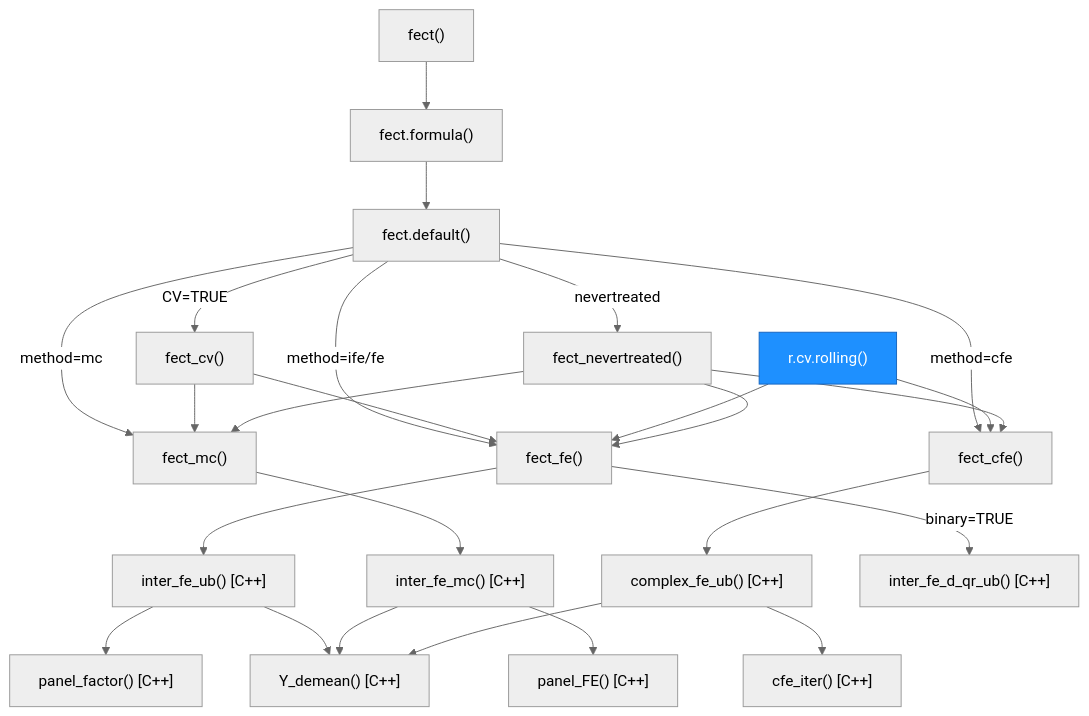
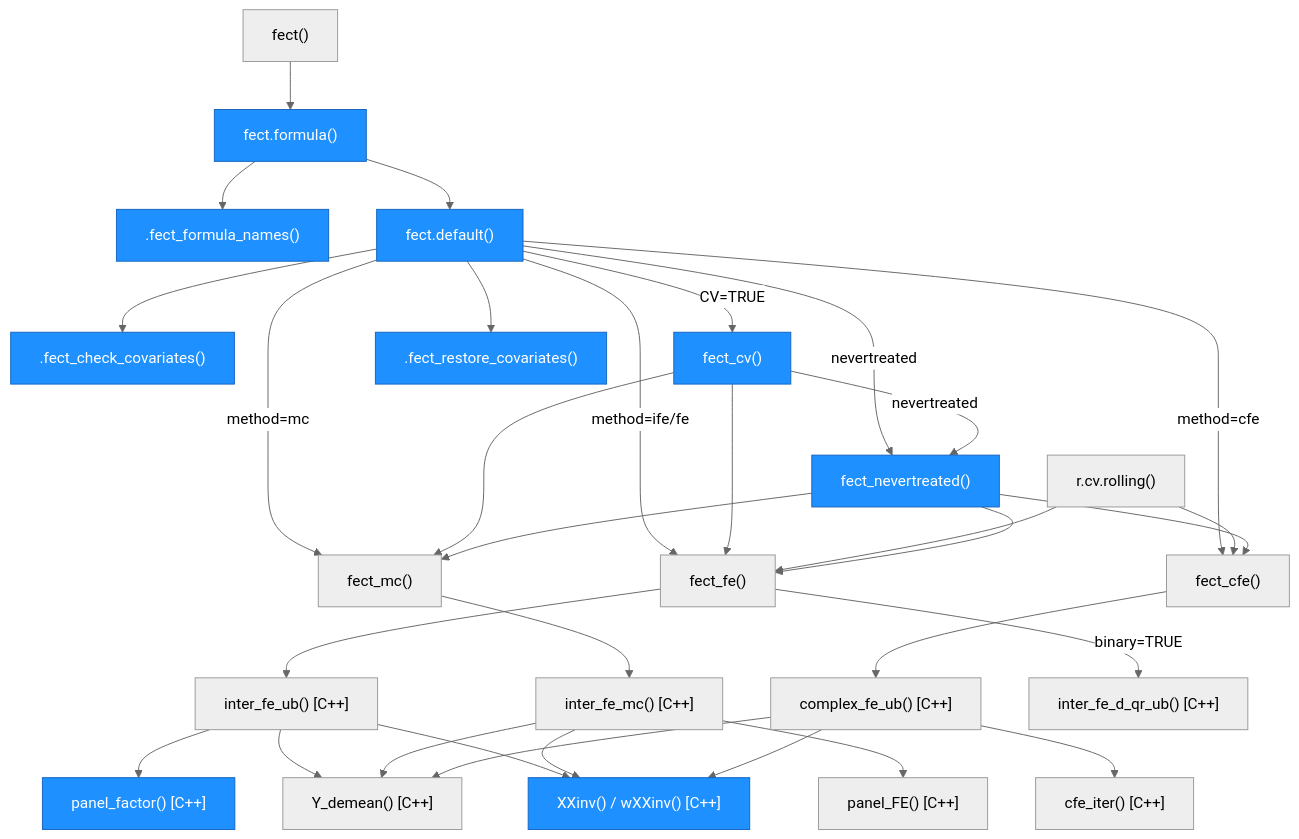
The second of 4 diagrams in ARCHITECTURE.md (xuyiqing/fect), drawn with Mermaid before and after one commit. The commit also changed other lines of this file, not shown here.

First line of the commit message:
docs: ARCHITECTURE.md for the 2.4.6 correctness fixes

````diff
--- a/ARCHITECTURE.md
+++ b/ARCHITECTURE.md
@@ -177,48 +203,67 @@
 ```mermaid
 %%{init: {'theme': 'neutral'}}%%
 graph TD
     F1["fect()"]
     F2["fect.formula()"]
+    FN[".fect_formula_names()"]
     F3["fect.default()"]
+    CC[".fect_check_covariates()"]
     F4["fect_cv()"]
     F5["fect_fe()"]
     F6["fect_mc()"]
     F7["fect_cfe()"]
     F8["fect_nevertreated()"]
     F9["r.cv.rolling()"]
+    RC[".fect_restore_covariates()"]
     C1["inter_fe_ub() [C++]"]
     C2["inter_fe_mc() [C++]"]
     C3["complex_fe_ub() [C++]"]
     C4["inter_fe_d_qr_ub() [C++]"]
     S1["panel_factor() [C++]"]
     S2["panel_FE() [C++]"]
     S3["Y_demean() [C++]"]
     S4["cfe_iter() [C++]"]
+    XX["XXinv() / wXXinv() [C++]"]
 
-    style F9 fill:#1e90ff,stroke:#1565c0,color:#fff
+    style F2 fill:#1e90ff,stroke:#1565c0,color:#fff
+    style FN fill:#1e90ff,stroke:#1565c0,color:#fff
+    style F3 fill:#1e90ff,stroke:#1565c0,color:#fff
+    style CC fill:#1e90ff,stroke:#1565c0,color:#fff
+    style F4 fill:#1e90ff,stroke:#1565c0,color:#fff
+    style F8 fill:#1e90ff,stroke:#1565c0,color:#fff
+    style RC fill:#1e90ff,stroke:#1565c0,color:#fff
+    style S1 fill:#1e90ff,stroke:#1565c0,color:#fff
+    style XX fill:#1e90ff,stroke:#1565c0,color:#fff
 
     F1 --> F2
+    F2 --> FN
     F2 --> F3
+    F3 --> CC
     F3 -->|"CV=TRUE"| F4
     F3 -->|"method=ife/fe"| F5
     F3 -->|"method=mc"| F6
     F3 -->|"method=cfe"| F7
     F3 -->|"nevertreated"| F8
+    F3 --> RC
     F4 --> F5
     F4 --> F6
+    F4 -->|"nevertreated"| F8
     F9 --> F5
     F9 --> F7
     F8 --> F5
     F8 --> F6
     F8 --> F7
     F5 --> C1
     F5 -->|"binary=TRUE"| C4
     F6 --> C2
     F7 --> C3
     C1 --> S1
     C1 --> S3
+    C1 --> XX
+    C2 --> XX
+    C3 --> XX
     C2 --> S2
     C2 --> S3
     C3 --> S4
     C3 --> S3
 ```
````
